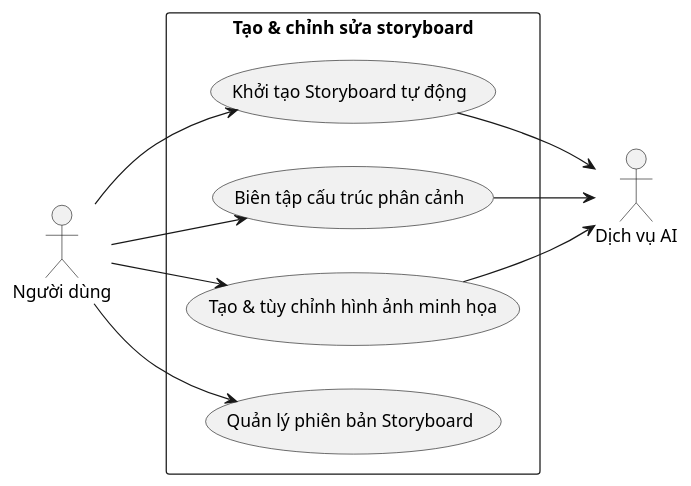
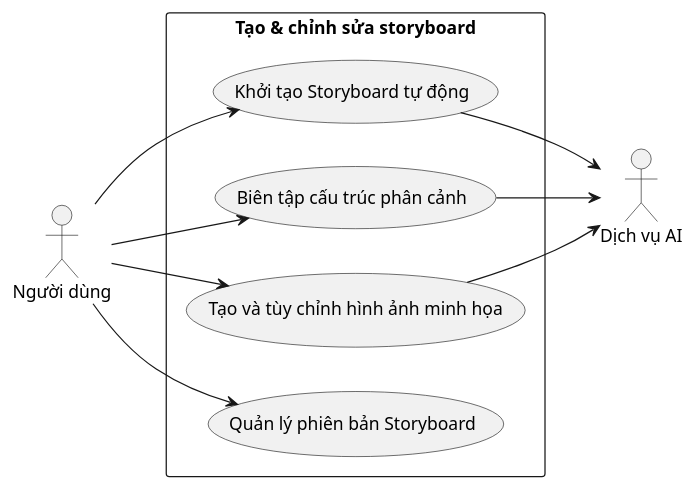
One commit to 202416852-anhpv/story2video-docs changed the diagram in docs/bieu-do-uc/bieu-do-uc-chi-tiet/my-anh/tao-va-chinh-sua-storyboard.puml. Above: the diagram before and after it, drawn with PlantUML. The commit also changed 2 other files, not shown here.

```diff
--- a/docs/bieu-do-uc/bieu-do-uc-chi-tiet/my-anh/tao-va-chinh-sua-storyboard.puml
+++ b/docs/bieu-do-uc/bieu-do-uc-chi-tiet/my-anh/tao-va-chinh-sua-storyboard.puml
@@ -1,23 +1,23 @@
 @startuml tao-va-chinh-sua-storyboard
 left to right direction
 
 actor "Người dùng" as User
 actor "Dịch vụ AI" as AI_Service
 
 rectangle "Tạo & chỉnh sửa storyboard" {
     usecase "Khởi tạo Storyboard tự động" as UC_01
     usecase "Biên tập cấu trúc phân cảnh" as UC_02
-    usecase "Tạo & tùy chỉnh hình ảnh minh họa" as UC_03
+    usecase "Tạo và tùy chỉnh hình ảnh minh họa" as UC_03
     usecase "Quản lý phiên bản Storyboard" as UC_04
 }
 
 User --> UC_01
 User --> UC_02
 User --> UC_03
 User --> UC_04
 
 UC_01 --> AI_Service
 UC_02 --> AI_Service
 UC_03 --> AI_Service
 
 @enduml
```
